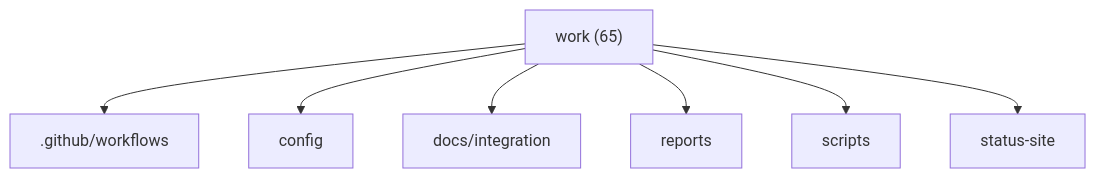
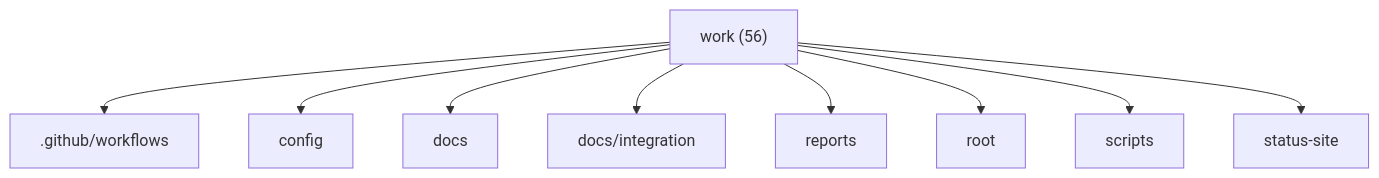
The first of 3 diagrams in reports/branch-intelligence/graphs.md (M0nado/helios-platform), drawn with Mermaid before and after one commit. The commit also changed other lines of this file and 56 other files, not shown here.

````diff
--- a/reports/branch-intelligence/graphs.md
+++ b/reports/branch-intelligence/graphs.md
@@ -5,10 +5,12 @@
 ```mermaid
 graph TD
-  work["work (65)"]
+  work["work (56)"]
   work --> _github_workflows[".github/workflows"]
   work --> config["config"]
+  work --> docs["docs"]
   work --> docs_integration["docs/integration"]
   work --> reports["reports"]
+  work --> root["root"]
   work --> scripts["scripts"]
   work --> status_site["status-site"]
 ```
````
